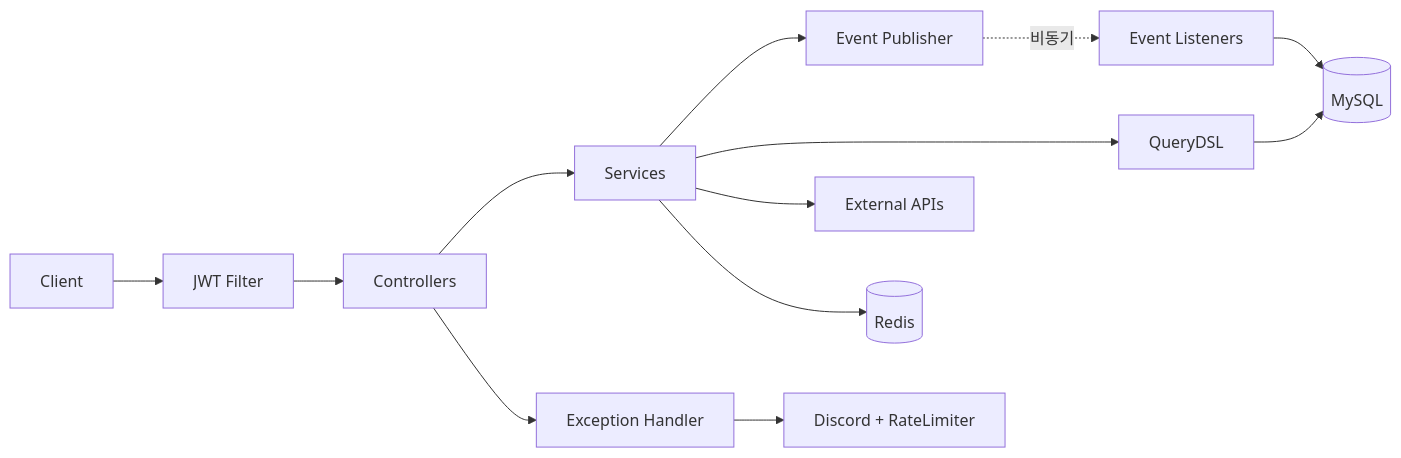
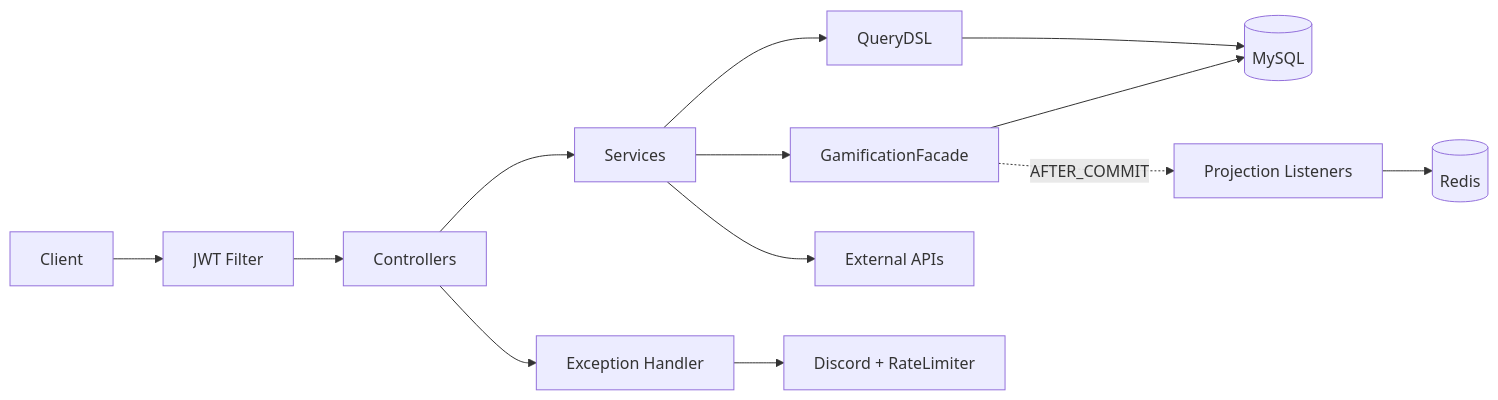
One commit to beginner0107/eventitta changed the third of 3 diagrams in README.md. Above: the diagram before and after it, drawn with Mermaid. The commit also changed other lines of this file and 949 other files, not shown here.

````diff
--- a/README.md
+++ b/README.md
@@ -169,15 +189,15 @@
 ```mermaid
 graph LR
   A[Client] --> B[JWT Filter]
   B --> C[Controllers]
   C --> D[Services]
-  D --> E[Event Publisher]
-  E -. 비동기 .-> F[Event Listeners]
+  D --> E[GamificationFacade]
+  E --> H[(MySQL)]
+  E -. AFTER_COMMIT .-> F[Projection Listeners]
   D --> G[QueryDSL]
-  G --> H[(MySQL)]
-  F --> H
+  G --> H
   D --> I[External APIs]
-  D --> R[(Redis)]
+  F --> R[(Redis)]
   C --> J[Exception Handler]
   J --> K[Discord + RateLimiter]
 ```
````
